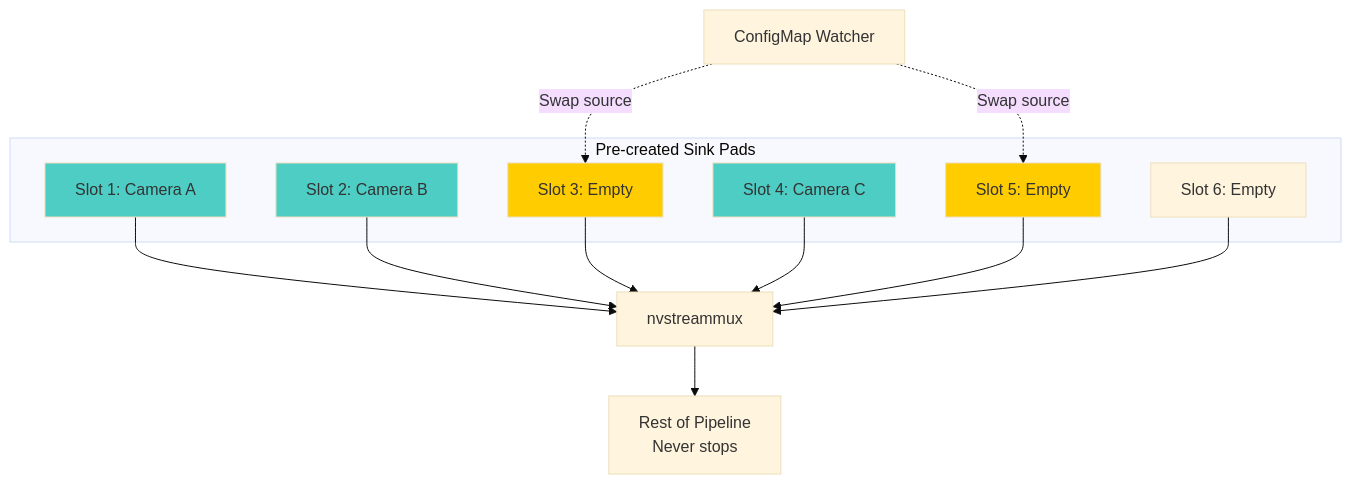
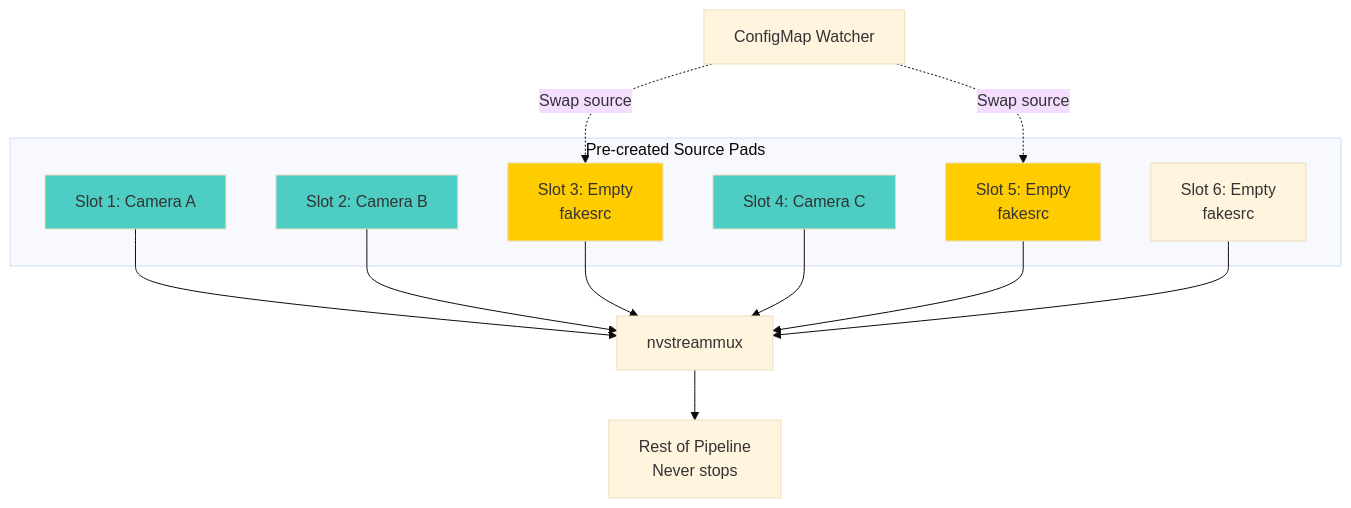
One commit to PulkitMishra/PulkitMishra.github.io changed the sixth of 12 diagrams in content/blog/teaching-machines-to-notice.md. Above: the diagram before and after it, drawn with Mermaid (base theme). The commit also changed other lines of this file, not shown here.

````diff
--- a/content/blog/teaching-machines-to-notice.md
+++ b/content/blog/teaching-machines-to-notice.md
@@ -241,29 +312,29 @@
 ```mermaid
 flowchart TB
-    subgraph Slots["Pre-created Sink Pads"]
+    subgraph Slots["Pre-created Source Pads"]
         S1[Slot 1: Camera A]
         S2[Slot 2: Camera B]
-        S3[Slot 3: Empty]
+        S3[Slot 3: Empty<br/>fakesrc]
         S4[Slot 4: Camera C]
-        S5[Slot 5: Empty]
-        S6[Slot 6: Empty]
+        S5[Slot 5: Empty<br/>fakesrc]
+        S6[Slot 6: Empty<br/>fakesrc]
     end
     
     S1 --> MUX[nvstreammux]
     S2 --> MUX
     S3 --> MUX
     S4 --> MUX
     S5 --> MUX
     S6 --> MUX
     
     MUX --> REST[Rest of Pipeline<br/>Never stops]
     
     CONFIG[ConfigMap Watcher] -.->|Swap source| S3
     CONFIG -.->|Swap source| S5
     
     style S3 fill:#ffcc00
     style S5 fill:#ffcc00
     style S1 fill:#4ecdc4
     style S2 fill:#4ecdc4
     style S4 fill:#4ecdc4
 ```
````
